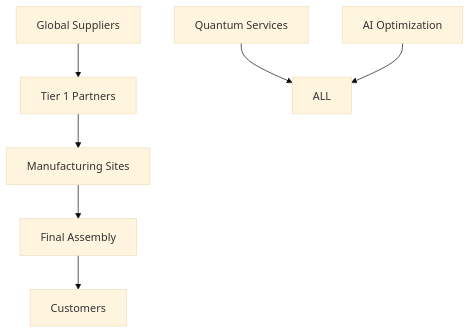
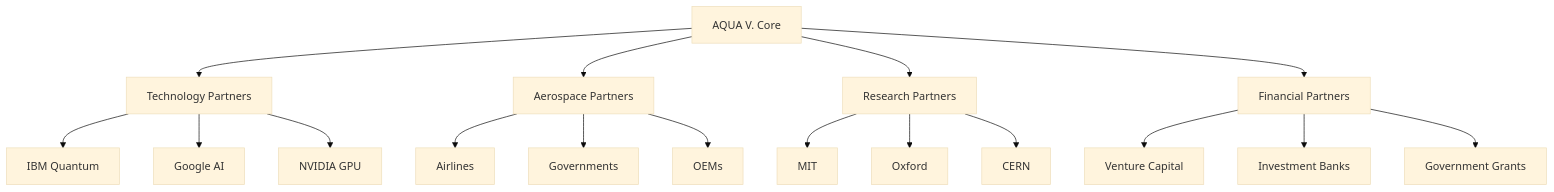
The fourth of 6 diagrams in README.md (Robbbo-T/A-Q-U-A_V), drawn with Mermaid (base theme) before and after one commit. The commit also changed other lines of this file, not shown here.

````diff
--- a/README.md
+++ b/README.md
@@ -521,11 +547,24 @@
 ```mermaid
 graph TD
-    SUPPLIERS[Global Suppliers]
-    SUPPLIERS --> TIER1[Tier 1 Partners]
-    TIER1 --> MANUFACTURING[Manufacturing Sites]
-    MANUFACTURING --> ASSEMBLY[Final Assembly]
-    ASSEMBLY --> CUSTOMERS[Customers]
+    AQUA[AQUA V. Core]
     
-    QUANTUM[Quantum Services] --> ALL
-    AI[AI Optimization] --> ALL
+    AQUA --> TECH[Technology Partners]
+    TECH --> IBM[IBM Quantum]
+    TECH --> GOOGLE[Google AI]
+    TECH --> NVIDIA[NVIDIA GPU]
+    
+    AQUA --> AERO[Aerospace Partners]
+    AERO --> AIRLINES[Airlines]
+    AERO --> GOV[Governments]
+    AERO --> OEM[OEMs]
+    
+    AQUA --> RES[Research Partners]
+    RES --> MIT[MIT]
+    RES --> OXFORD[Oxford]
+    RES --> CERN[CERN]
+    
+    AQUA --> FIN[Financial Partners]
+    FIN --> VC[Venture Capital]
+    FIN --> BANKS[Investment Banks]
+    FIN --> GRANTS[Government Grants]
 ```
````
